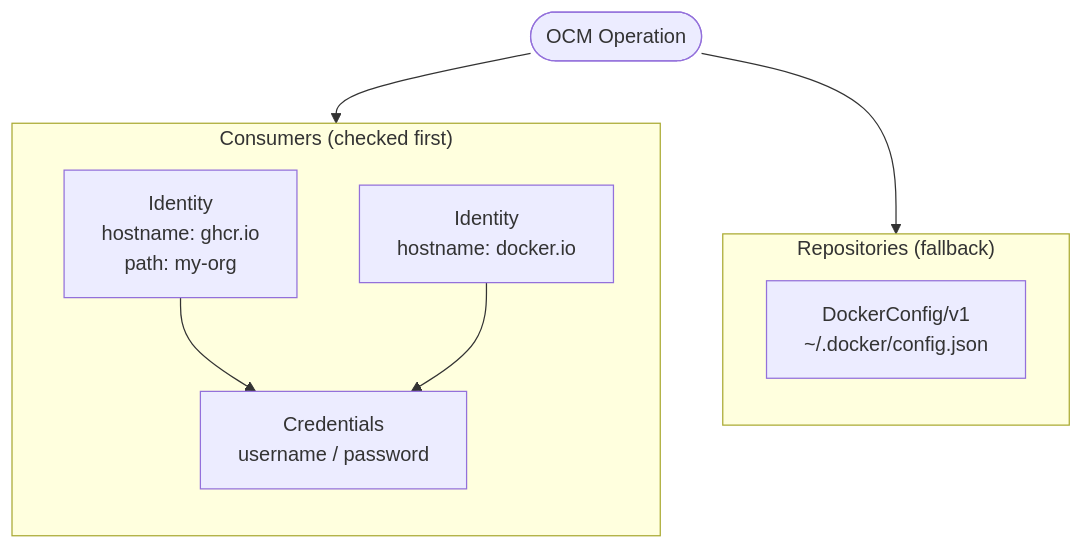
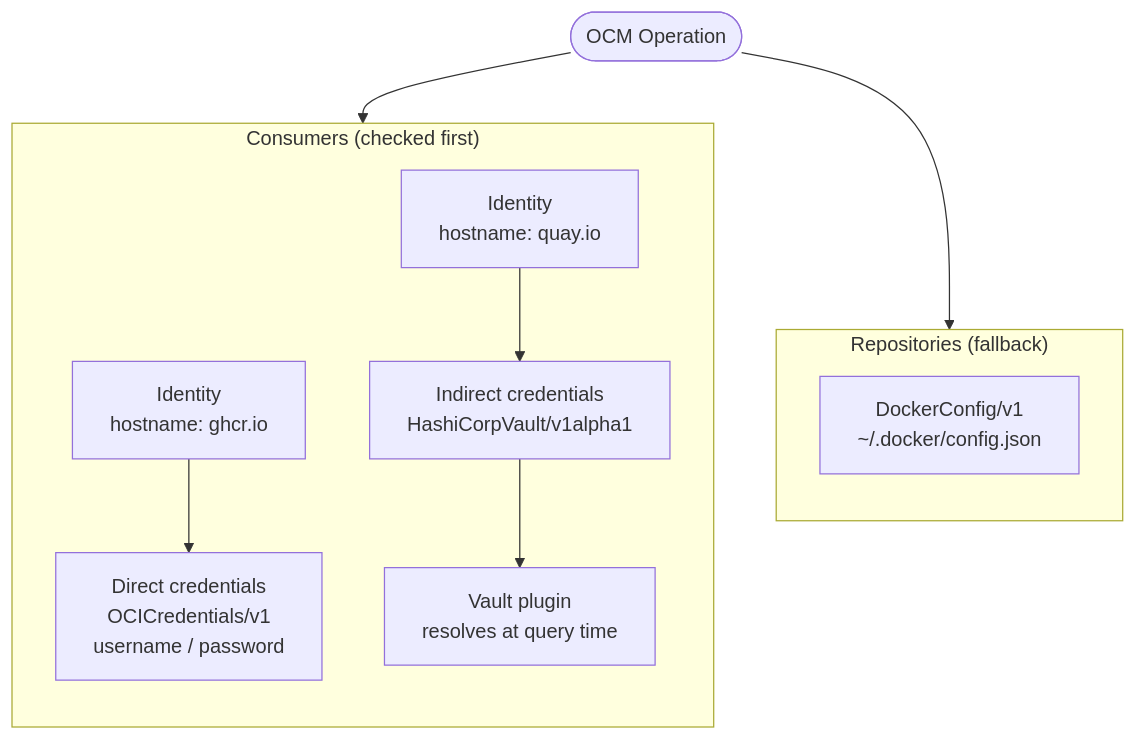
The second of 2 diagrams in website/content/docs/concepts/credential-system.md (open-component-model/open-component-model), drawn with Mermaid before and after one commit. The commit also changed other lines of this file and 7 other files, not shown here.

````diff
--- a/website/content/docs/concepts/credential-system.md
+++ b/website/content/docs/concepts/credential-system.md
@@ -65,19 +65,18 @@
 ```mermaid
 flowchart TB
     op(["OCM Operation"])
     op --> consumers
 
     subgraph consumers ["Consumers (checked first)"]
         direction TB
-        id1["Identity<br>hostname: ghcr.io<br>path: my-org"] --> cred1["Credentials<br>username / password"]
-        id2["Identity<br>hostname: docker.io"] --> cred1
+        id1["Identity<br>hostname: ghcr.io"] --> cred1["Direct credentials<br>OCICredentials/v1<br>username / password"]
+        id2["Identity<br>hostname: quay.io"] --> cred2["Indirect credentials<br>HashiCorpVault/v1alpha1"] --> vault["Vault plugin<br>resolves at query time"]
     end
 
     op --> repos
 
     subgraph repos ["Repositories (fallback)"]
         direction TB
         docker["DockerConfig/v1<br>~/.docker/config.json"]
     end
-
 ```
````
